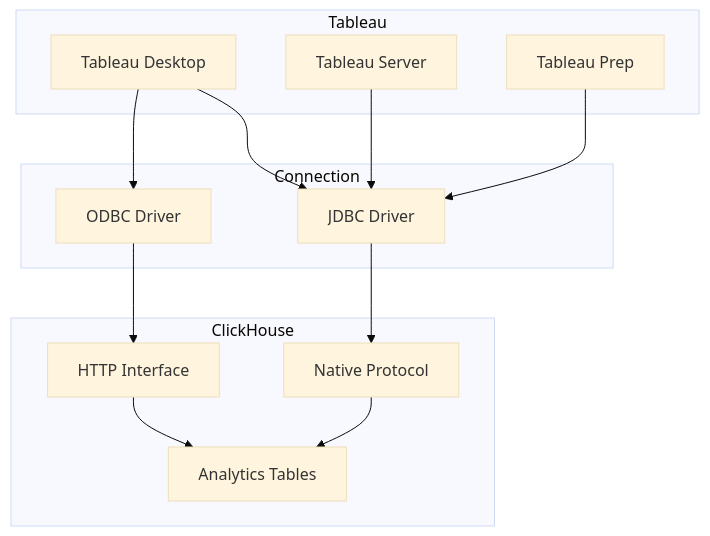
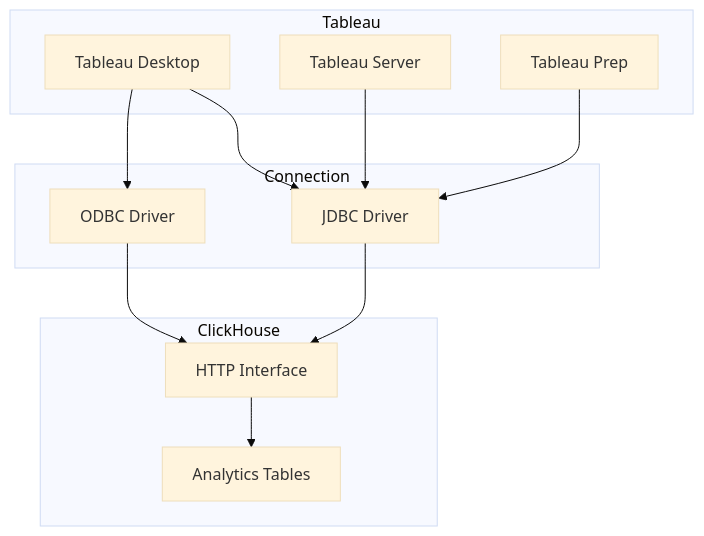
The diagram in posts/2026-01-21-clickhouse-tableau-integration/README.md (OneUptime/blog), drawn with Mermaid (base theme) before and after one commit. The commit also changed other lines of this file and 4262 other files, not shown here.

````diff
--- a/posts/2026-01-21-clickhouse-tableau-integration/README.md
+++ b/posts/2026-01-21-clickhouse-tableau-integration/README.md
@@ -15,28 +15,26 @@
 ```mermaid
 graph TB
     subgraph Tableau
         A[Tableau Desktop]
         B[Tableau Server]
         C[Tableau Prep]
     end
 
     subgraph Connection
         D[JDBC Driver]
         E[ODBC Driver]
     end
 
     subgraph ClickHouse
-        F[Native Protocol]
         G[HTTP Interface]
         H[Analytics Tables]
     end
 
     A --> D
     A --> E
     B --> D
     C --> D
-    D --> F
+    D --> G
     E --> G
-    F --> H
     G --> H
 ```
````
